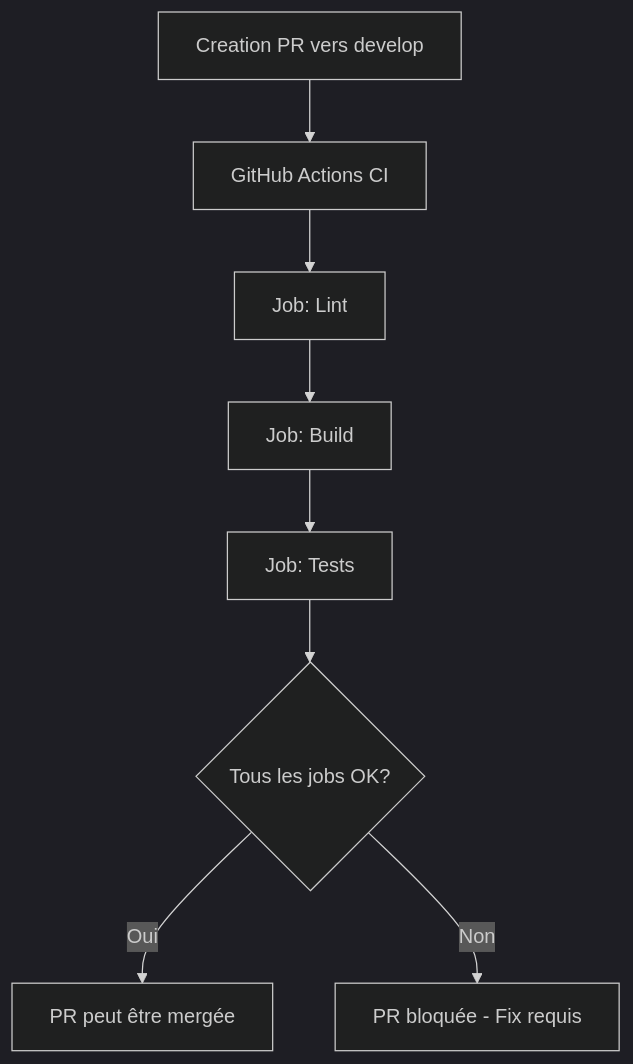
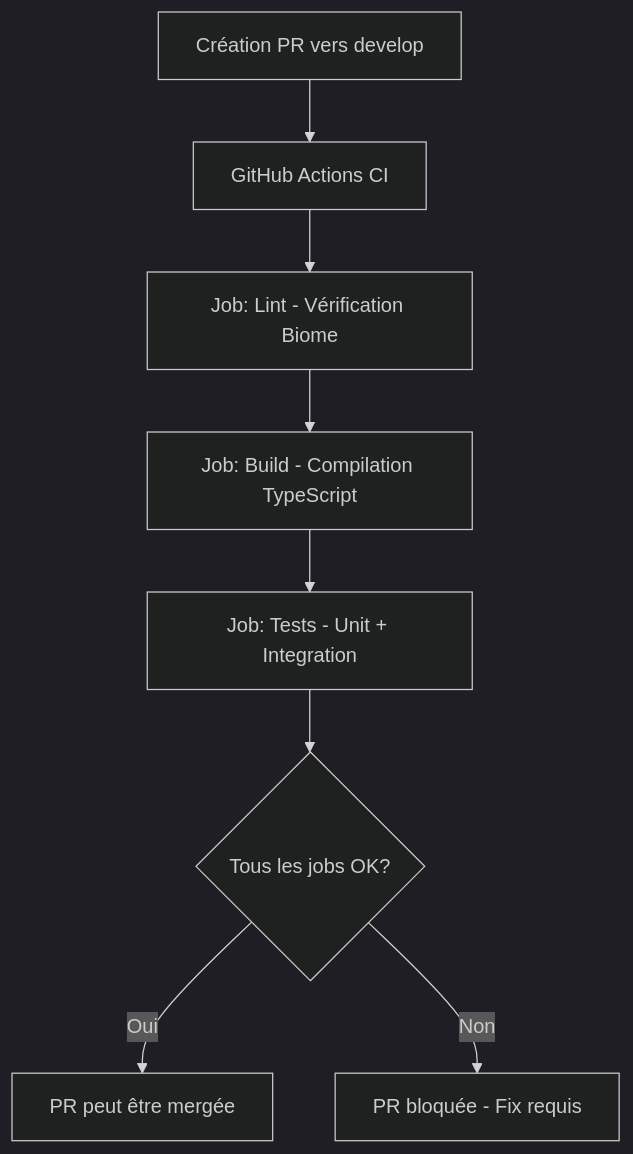
One commit to Netsbump/dropit changed the first of 2 diagrams in docs/ci-cd-flow.md. Above: the diagram before and after it, drawn with Mermaid (dark theme). The commit also changed other lines of this file and 2 other files, not shown here.

First line of the commit message:
📝  docs: update CI/CD, add workout-creation-flow.md and remove TS doc issue

````diff
--- a/docs/ci-cd-flow.md
+++ b/docs/ci-cd-flow.md
@@ -38,10 +39,10 @@
 ```mermaid
 graph TD
-    A[Creation PR vers develop] --> B[GitHub Actions CI]
-    B --> C[Job: Lint]
-    C --> D[Job: Build]
-    D --> E[Job: Tests]
+    A[Création PR vers develop] --> B[GitHub Actions CI]
+    B --> C[Job: Lint - Vérification Biome]
+    C --> D[Job: Build - Compilation TypeScript]
+    D --> E[Job: Tests - Unit + Integration]
     E --> F{Tous les jobs OK?}
     F -->|Oui| G[PR peut être mergée]
     F -->|Non| H[PR bloquée - Fix requis]
 ```
````
